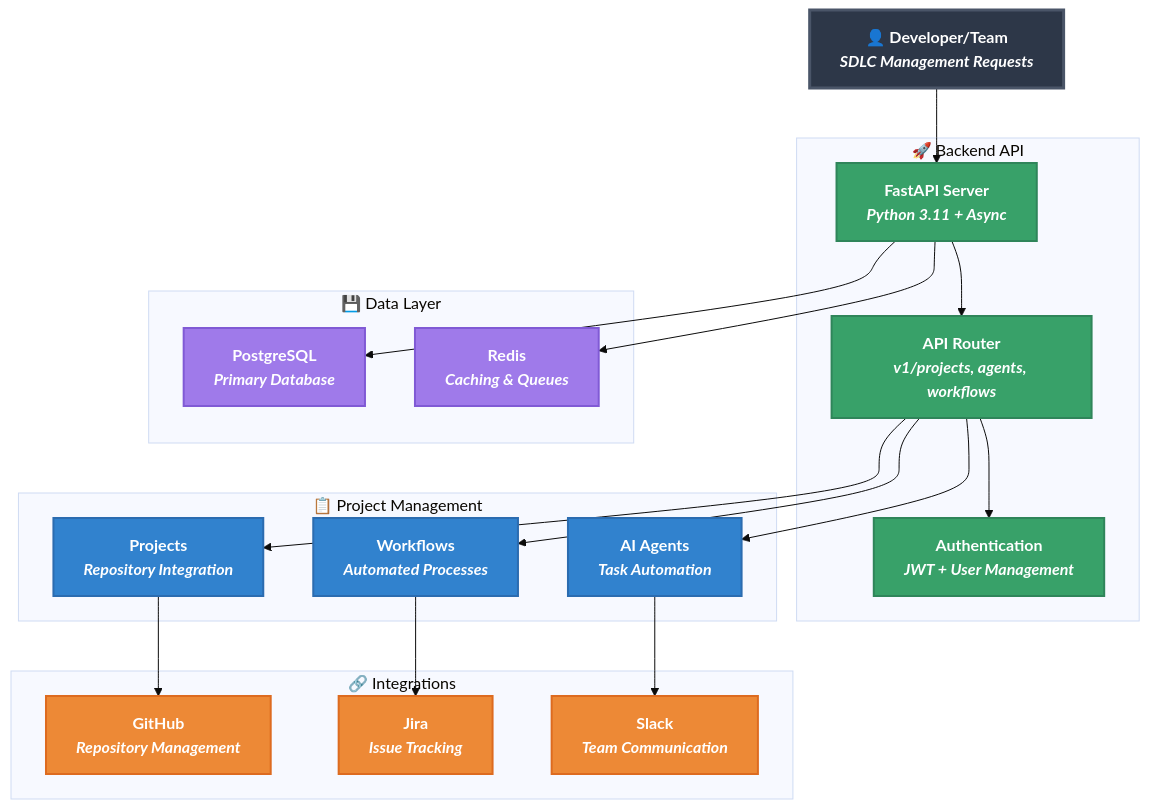
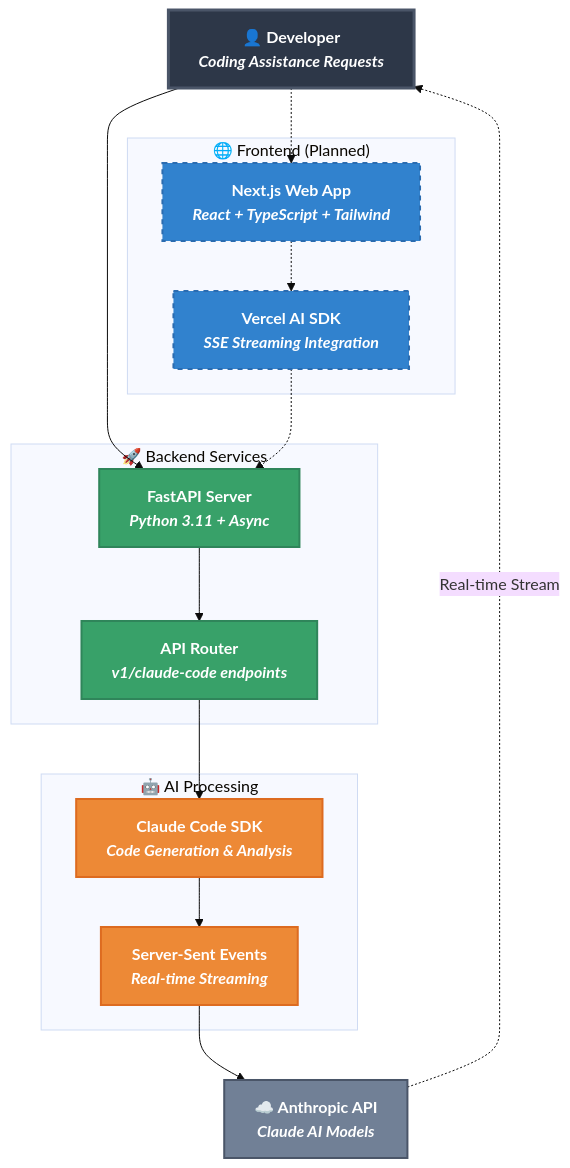
Before and after one commit to tejas96/sdlc-agents: the diagram in README.md, drawn with Mermaid (base theme). The commit also changed other lines of this file and 302 other files, not shown here.

````diff
--- a/README.md
+++ b/README.md
@@ -42,73 +17,63 @@
 ```mermaid
 graph TB
     %% User Interface
-    USER["`**👤 Developer/Team**
-    *SDLC Management Requests*`"]
+    USER["`**👤 Developer**
+    *Coding Assistance Requests*`"]
+
+    %% Frontend Layer (Future)
+    subgraph "🌐 Frontend (Planned)"
+        NEXTJS["`**Next.js Web App**
+        *React + TypeScript + Tailwind*`"]
+        VERCEL["`**Vercel AI SDK**
+        *SSE Streaming Integration*`"]
+    end
 
     %% Backend Services (Current)
-    subgraph "🚀 Backend API"
+    subgraph "🚀 Backend Services"
         FASTAPI["`**FastAPI Server**
         *Python 3.11 + Async*`"]
         ROUTER["`**API Router**
-        *v1/projects, agents, workflows*`"]
-        AUTH["`**Authentication**
-        *JWT + User Management*`"]
+        *v1/claude-code endpoints*`"]
     end
 
-    %% Core Features
-    subgraph "📋 Project Management"
-        PROJECTS["`**Projects**
-        *Repository Integration*`"]
-        WORKFLOWS["`**Workflows**
-        *Automated Processes*`"]
-        AGENTS["`**AI Agents**
-        *Task Automation*`"]
+    %% AI Processing (Current)
+    subgraph "🤖 AI Processing"
+        CLAUDE["`**Claude Code SDK**
+        *Code Generation & Analysis*`"]
+        SSE["`**Server-Sent Events**
+        *Real-time Streaming*`"]
     end
 
-    %% Integrations
-    subgraph "🔗 Integrations"
-        GITHUB["`**GitHub**
-        *Repository Management*`"]
-        JIRA["`**Jira**
-        *Issue Tracking*`"]
-        SLACK["`**Slack**
-        *Team Communication*`"]
-    end
-
-    %% Data Layer
-    subgraph "💾 Data Layer"
-        POSTGRES["`**PostgreSQL**
-        *Primary Database*`"]
-        REDIS["`**Redis**
-        *Caching & Queues*`"]
-    end
+    %% External Services
+    ANTHROPIC["`**☁️ Anthropic API**
+    *Claude AI Models*`"]
 
     %% Current Active Flow
     USER --> FASTAPI
     FASTAPI --> ROUTER
-    ROUTER --> AUTH
-    ROUTER --> PROJECTS
-    ROUTER --> WORKFLOWS
-    ROUTER --> AGENTS
-    
-    PROJECTS --> GITHUB
-    WORKFLOWS --> JIRA
-    AGENTS --> SLACK
-    
-    FASTAPI --> POSTGRES
-    FASTAPI --> REDIS
+    ROUTER --> CLAUDE
+    CLAUDE --> SSE
+    SSE --> ANTHROPIC
 
-    %% Styling
+    %% Future Frontend Integration (dotted)
+    USER -.-> NEXTJS
+    NEXTJS -.-> VERCEL
+    VERCEL -.-> FASTAPI
+
+    %% Response Flow
+    ANTHROPIC -.->|Real-time Stream| USER
+
+    %% Professional Styling
     classDef userStyle fill:#2D3748,color:#ffffff,stroke:#4A5568,stroke-width:3px,font-weight:bold
+    classDef frontendStyle fill:#3182CE,color:#ffffff,stroke:#2B6CB0,stroke-width:2px,font-weight:bold,stroke-dasharray: 5 5
     classDef backendStyle fill:#38A169,color:#ffffff,stroke:#2F855A,stroke-width:2px,font-weight:bold
-    classDef featureStyle fill:#3182CE,color:#ffffff,stroke:#2B6CB0,stroke-width:2px,font-weight:bold
-    classDef integrationStyle fill:#ED8936,color:#ffffff,stroke:#DD6B20,stroke-width:2px,font-weight:bold
-    classDef dataStyle fill:#9F7AEA,color:#ffffff,stroke:#805AD5,stroke-width:2px,font-weight:bold
+    classDef aiStyle fill:#ED8936,color:#ffffff,stroke:#DD6B20,stroke-width:2px,font-weight:bold
+    classDef externalStyle fill:#718096,color:#ffffff,stroke:#4A5568,stroke-width:2px,font-weight:bold
 
     %% Apply Styles
     class USER userStyle
-    class FASTAPI,ROUTER,AUTH backendStyle
-    class PROJECTS,WORKFLOWS,AGENTS featureStyle
-    class GITHUB,JIRA,SLACK integrationStyle
-    class POSTGRES,REDIS dataStyle
+    class NEXTJS,VERCEL frontendStyle
+    class FASTAPI,ROUTER backendStyle
+    class CLAUDE,SSE aiStyle
+    class ANTHROPIC externalStyle
 ```
````
